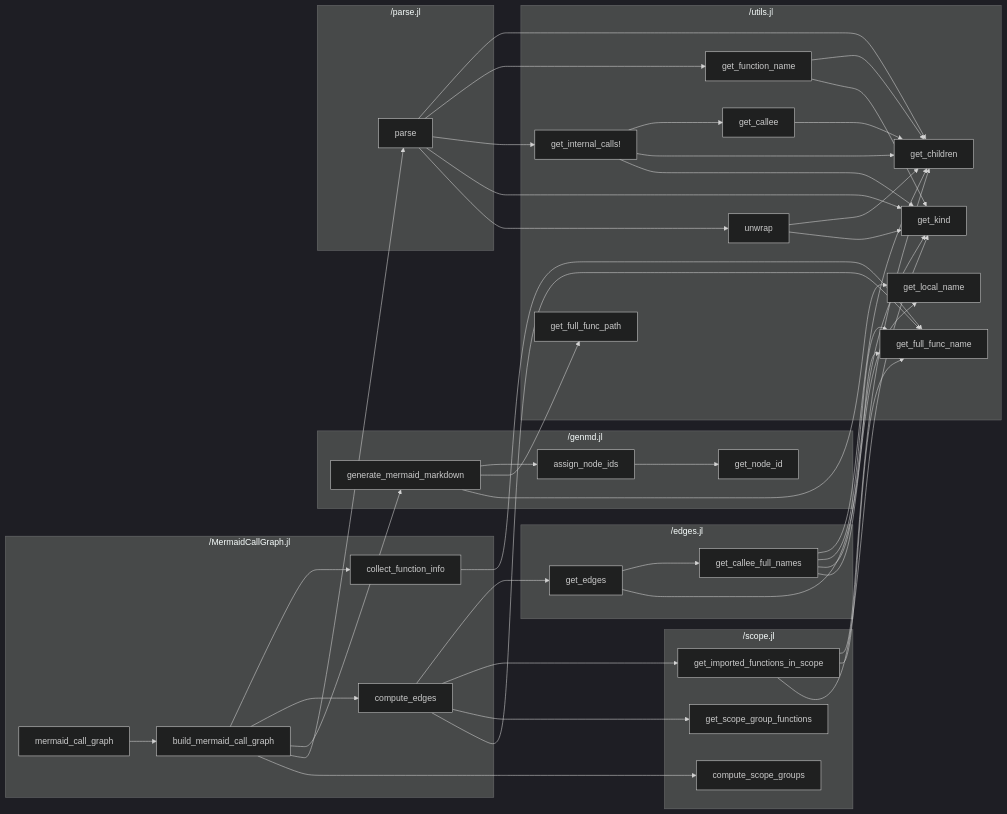
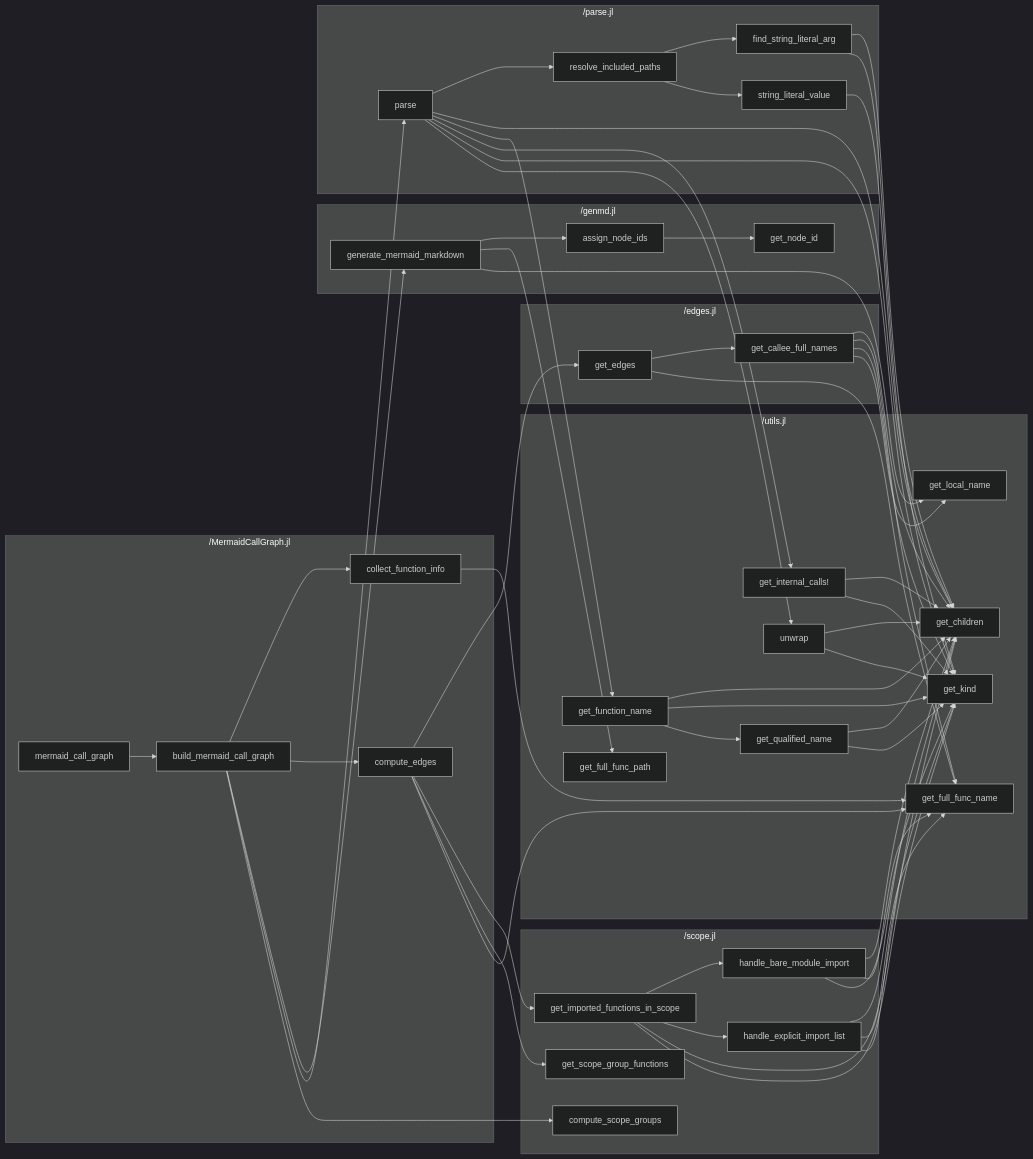
One commit to t-garin/MermaidCallGraph.jl changed the diagram in README.md. Above: the diagram before and after it, drawn with Mermaid (dark theme). The commit also changed 5 other files, not shown here.

````diff
--- a/README.md
+++ b/README.md
@@ -28,15 +28,19 @@
         _genmd_jl_get_node_id["get_node_id"]
     end
     subgraph "/parse.jl"
+        _parse_jl_find_string_literal_arg["find_string_literal_arg"]
         _parse_jl_parse["parse"]
+        _parse_jl_resolve_included_paths["resolve_included_paths"]
+        _parse_jl_string_literal_value["string_literal_value"]
     end
     subgraph "/scope.jl"
         _scope_jl_compute_scope_groups["compute_scope_groups"]
         _scope_jl_get_imported_functions_in_scope["get_imported_functions_in_scope"]
         _scope_jl_get_scope_group_functions["get_scope_group_functions"]
+        _scope_jl_handle_bare_module_import["handle_bare_module_import"]
+        _scope_jl_handle_explicit_import_list["handle_explicit_import_list"]
     end
     subgraph "/utils.jl"
-        _utils_jl_get_callee["get_callee"]
         _utils_jl_get_children["get_children"]
         _utils_jl_get_full_func_name["get_full_func_name"]
         _utils_jl_get_full_func_path["get_full_func_path"]
@@ -44,6 +48,7 @@
         _utils_jl_get_internal_calls_["get_internal_calls!"]
         _utils_jl_get_kind["get_kind"]
         _utils_jl_get_local_name["get_local_name"]
+        _utils_jl_get_qualified_name["get_qualified_name"]
         _utils_jl_unwrap["unwrap"]
     end
     _MermaidCallGraph_jl_build_mermaid_call_graph --> _MermaidCallGraph_jl_collect_function_info
@@ -67,20 +72,34 @@
     _genmd_jl_generate_mermaid_markdown --> _genmd_jl_assign_node_ids
     _genmd_jl_generate_mermaid_markdown --> _utils_jl_get_full_func_path
     _genmd_jl_generate_mermaid_markdown --> _utils_jl_get_local_name
+    _parse_jl_find_string_literal_arg --> _utils_jl_get_children
+    _parse_jl_find_string_literal_arg --> _utils_jl_get_kind
+    _parse_jl_parse --> _parse_jl_resolve_included_paths
     _parse_jl_parse --> _utils_jl_get_children
     _parse_jl_parse --> _utils_jl_get_function_name
     _parse_jl_parse --> _utils_jl_get_internal_calls_
     _parse_jl_parse --> _utils_jl_get_kind
     _parse_jl_parse --> _utils_jl_unwrap
+    _parse_jl_resolve_included_paths --> _parse_jl_find_string_literal_arg
+    _parse_jl_resolve_included_paths --> _parse_jl_string_literal_value
+    _parse_jl_string_literal_value --> _utils_jl_get_children
+    _scope_jl_get_imported_functions_in_scope --> _scope_jl_handle_bare_module_import
+    _scope_jl_get_imported_functions_in_scope --> _scope_jl_handle_explicit_import_list
     _scope_jl_get_imported_functions_in_scope --> _utils_jl_get_children
-    _scope_jl_get_imported_functions_in_scope --> _utils_jl_get_full_func_name
     _scope_jl_get_imported_functions_in_scope --> _utils_jl_get_kind
-    _utils_jl_get_callee --> _utils_jl_get_children
+    _scope_jl_handle_bare_module_import --> _utils_jl_get_children
+    _scope_jl_handle_bare_module_import --> _utils_jl_get_full_func_name
+    _scope_jl_handle_bare_module_import --> _utils_jl_get_kind
+    _scope_jl_handle_explicit_import_list --> _utils_jl_get_children
+    _scope_jl_handle_explicit_import_list --> _utils_jl_get_full_func_name
+    _scope_jl_handle_explicit_import_list --> _utils_jl_get_kind
     _utils_jl_get_function_name --> _utils_jl_get_children
     _utils_jl_get_function_name --> _utils_jl_get_kind
-    _utils_jl_get_internal_calls_ --> _utils_jl_get_callee
+    _utils_jl_get_function_name --> _utils_jl_get_qualified_name
     _utils_jl_get_internal_calls_ --> _utils_jl_get_children
     _utils_jl_get_internal_calls_ --> _utils_jl_get_kind
+    _utils_jl_get_qualified_name --> _utils_jl_get_children
+    _utils_jl_get_qualified_name --> _utils_jl_get_kind
     _utils_jl_unwrap --> _utils_jl_get_children
     _utils_jl_unwrap --> _utils_jl_get_kind
 ```
````
